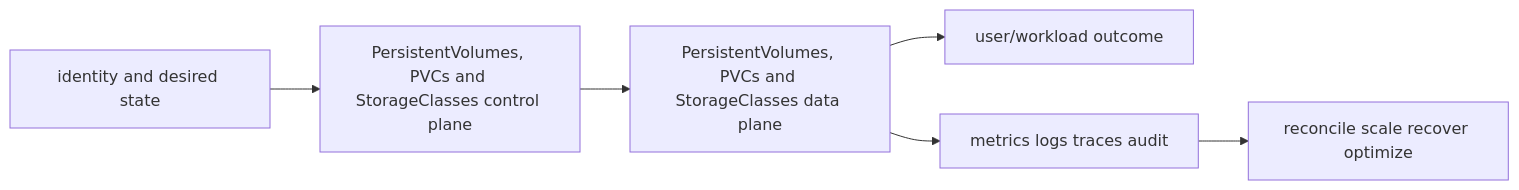
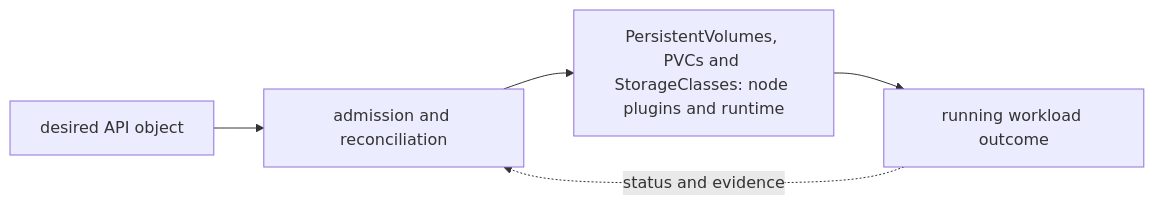
The diagram in 06-kubernetes/04-storage/01-pv-pvc-storageclass/README.md (tomkidumbuyo/DevOps-interview-preparation), drawn with Mermaid before and after one commit. The commit also changed other lines of this file and 753 other files, not shown here.

````diff
--- a/06-kubernetes/04-storage/01-pv-pvc-storageclass/README.md
+++ b/06-kubernetes/04-storage/01-pv-pvc-storageclass/README.md
@@ -19,8 +31,7 @@
 ```mermaid
 flowchart LR
-  I[identity and desired state] --> C[PersistentVolumes, PVCs and StorageClasses control plane]
-  C --> D[PersistentVolumes, PVCs and StorageClasses data plane]
-  D --> U[user/workload outcome]
-  D --> O[metrics logs traces audit]
-  O --> R[reconcile scale recover optimize]
+  A["desired API object"] --> B["admission and reconciliation"]
+  B --> C["PersistentVolumes, PVCs and StorageClasses: node plugins and runtime"]
+  C --> D["running workload outcome"]
+  D -. "status and evidence" .-> B
 ```
````
